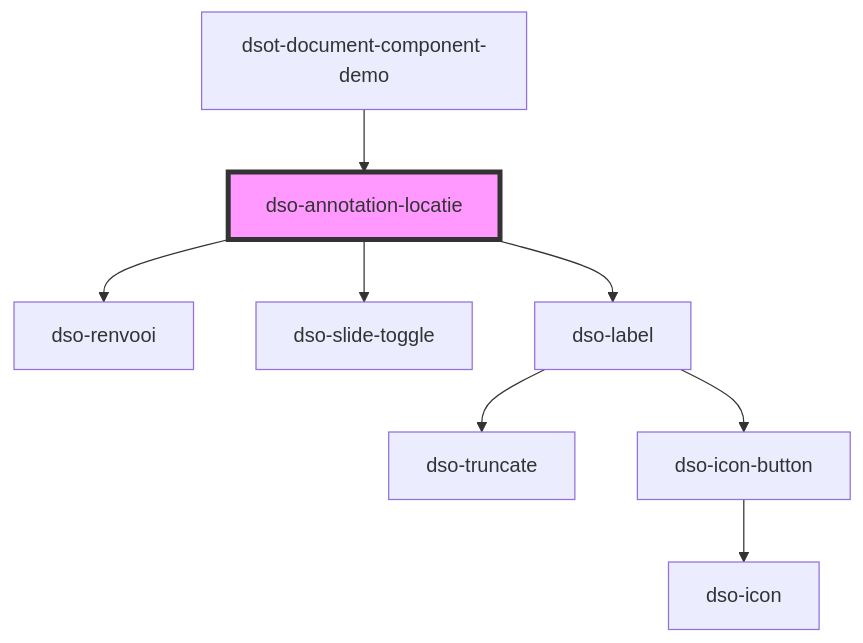
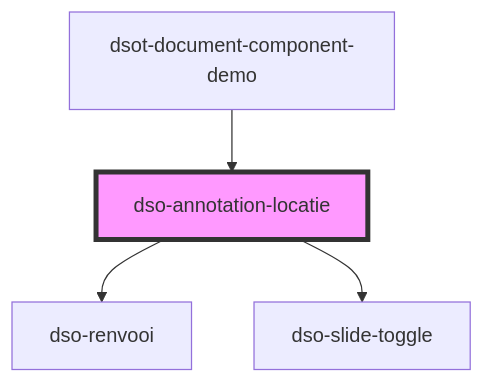
One commit to dso-toolkit/dso-toolkit changed the diagram in packages/core/src/components/annotation/annotation-locatie/readme.md. Above: the diagram before and after it, drawn with Mermaid. The commit also changed other lines of this file and 20 other files, not shown here.

Commit message:
#4033 [Changed] Annotation: Label moet kunnen worden aangepast

````diff
--- a/packages/core/src/components/annotation/annotation-locatie/readme.md
+++ b/packages/core/src/components/annotation/annotation-locatie/readme.md
@@ -38,11 +43,7 @@
 ```mermaid
 graph TD;
   dso-annotation-locatie --> dso-renvooi
   dso-annotation-locatie --> dso-slide-toggle
-  dso-annotation-locatie --> dso-label
-  dso-label --> dso-truncate
-  dso-label --> dso-icon-button
-  dso-icon-button --> dso-icon
   dsot-document-component-demo --> dso-annotation-locatie
   style dso-annotation-locatie fill:#f9f,stroke:#333,stroke-width:4px
 ```
````
